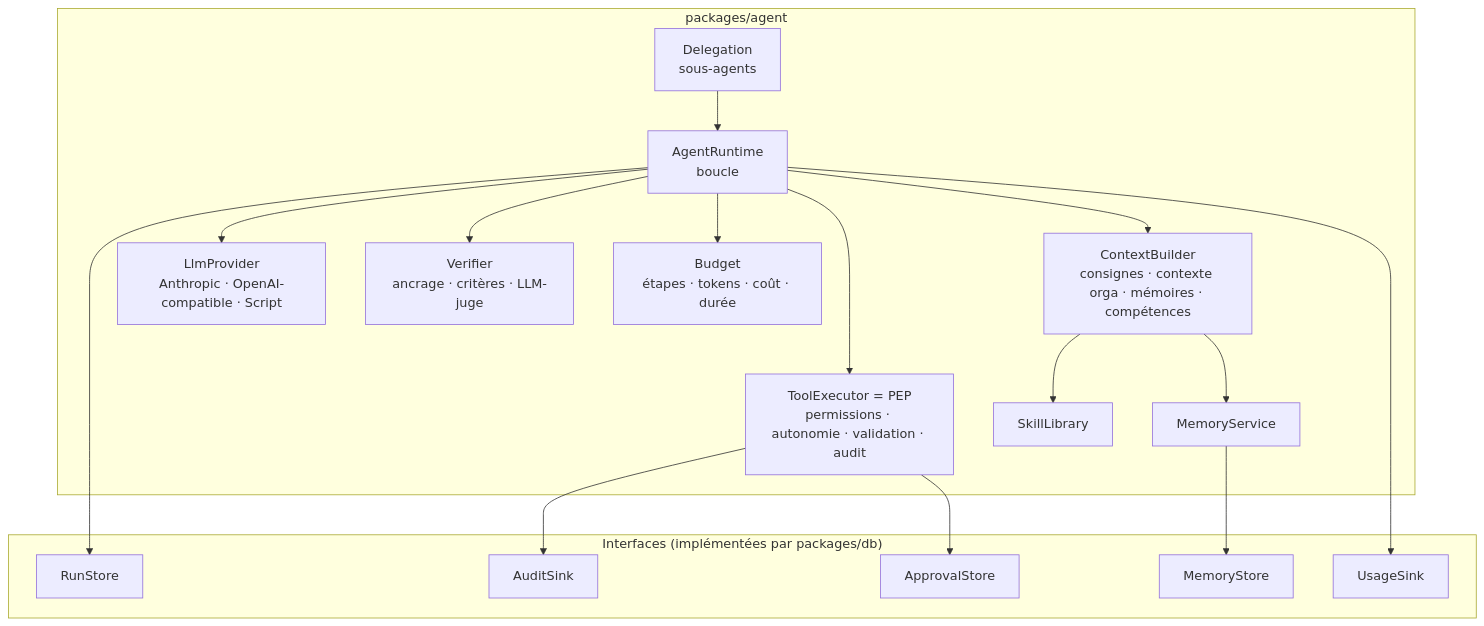
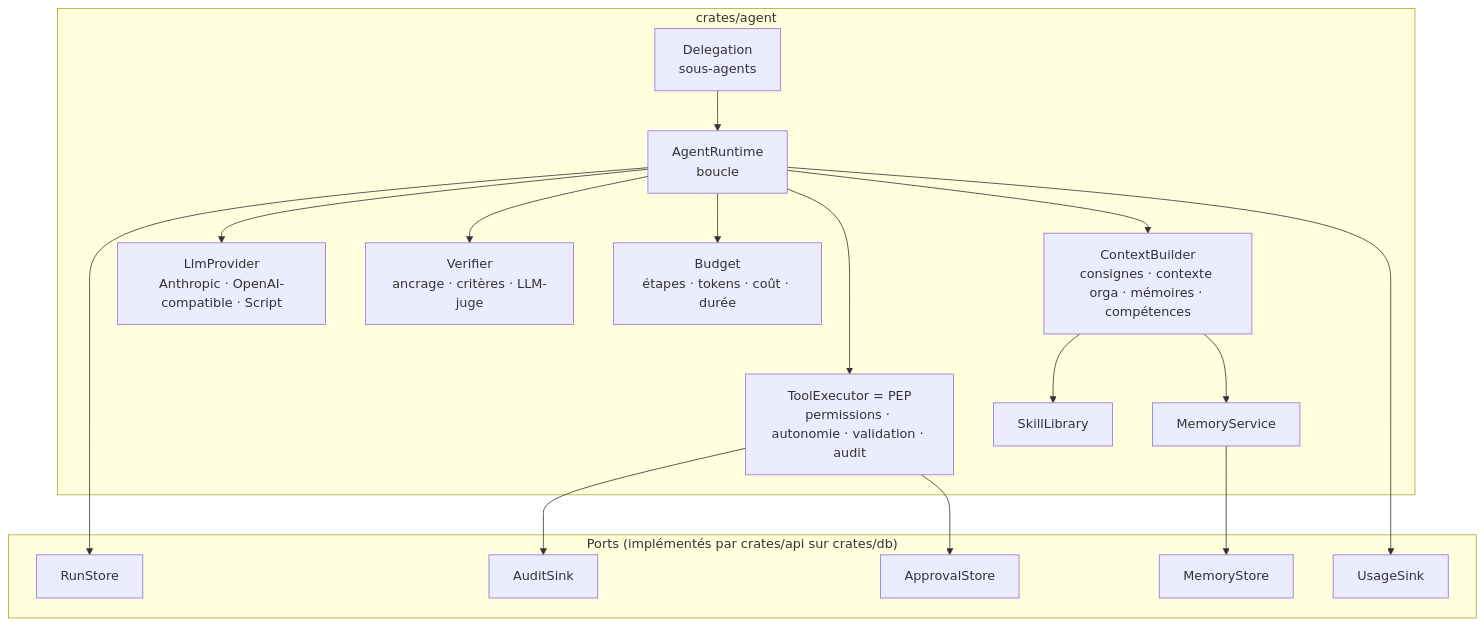
The diagram in docs/AGENT_ENGINE.md (OrizonLab/mimorya), drawn with Mermaid before and after one commit. The commit also changed other lines of this file and 194 other files, not shown here.

````diff
--- a/docs/AGENT_ENGINE.md
+++ b/docs/AGENT_ENGINE.md
@@ -21,27 +22,27 @@
 ```mermaid
 flowchart TB
-  subgraph Engine["packages/agent"]
+  subgraph Engine["crates/agent"]
     RT[AgentRuntime<br/>boucle]
     CB[ContextBuilder<br/>consignes · contexte orga · mémoires · compétences]
     PR[LlmProvider<br/>Anthropic · OpenAI-compatible · Script]
     TE[ToolExecutor = PEP<br/>permissions · autonomie · validation · audit]
     VF[Verifier<br/>ancrage · critères · LLM-juge]
     BG[Budget<br/>étapes · tokens · coût · durée]
     MS[MemoryService]
     SK[SkillLibrary]
     DL[Delegation<br/>sous-agents]
   end
-  subgraph Ports["Interfaces (implémentées par packages/db)"]
+  subgraph Ports["Ports (implémentés par crates/api sur crates/db)"]
     RS[RunStore]
     AS[AuditSink]
     AP[ApprovalStore]
     MSt[MemoryStore]
     US[UsageSink]
   end
   RT --> CB & PR & TE & VF & BG
   CB --> MS & SK
   TE --> AS & AP
   RT --> RS & US
   MS --> MSt
   DL --> RT
 ```
````
